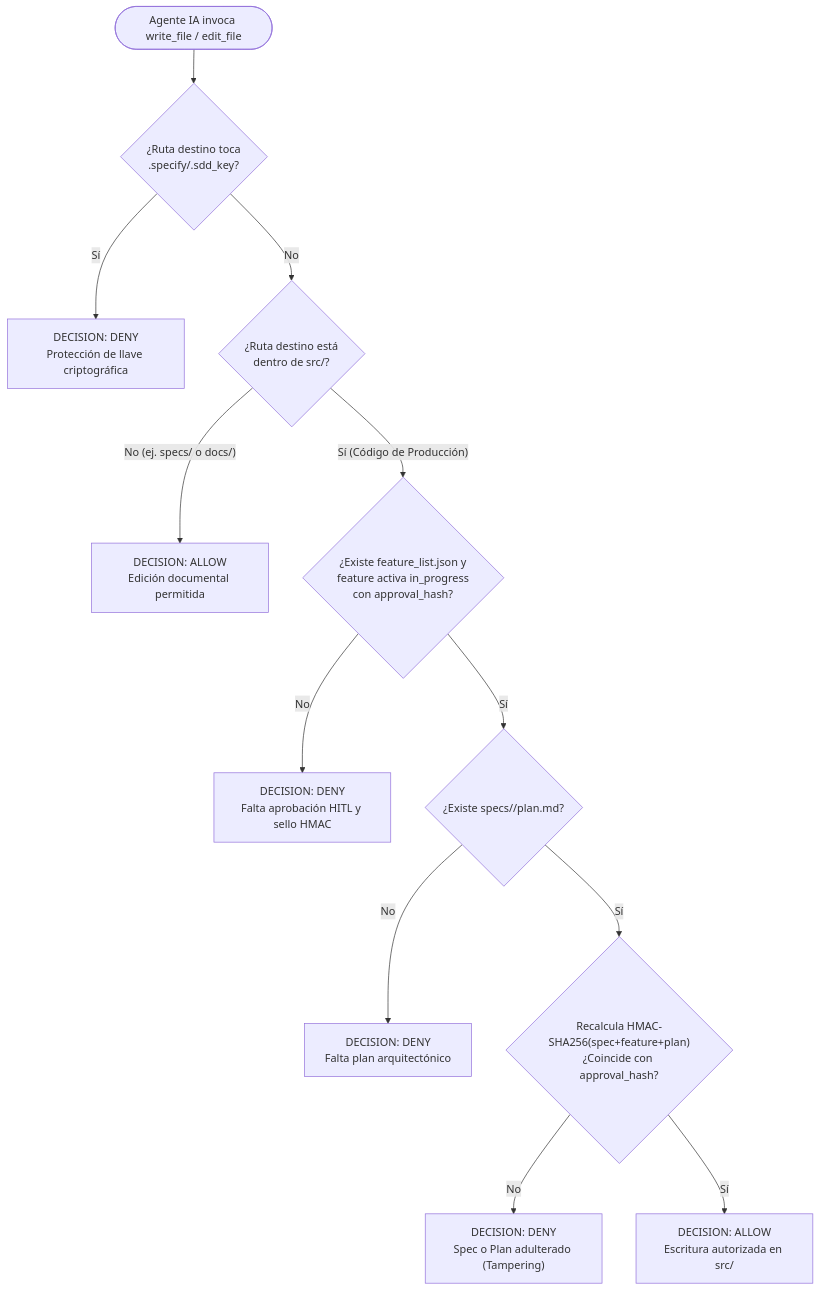
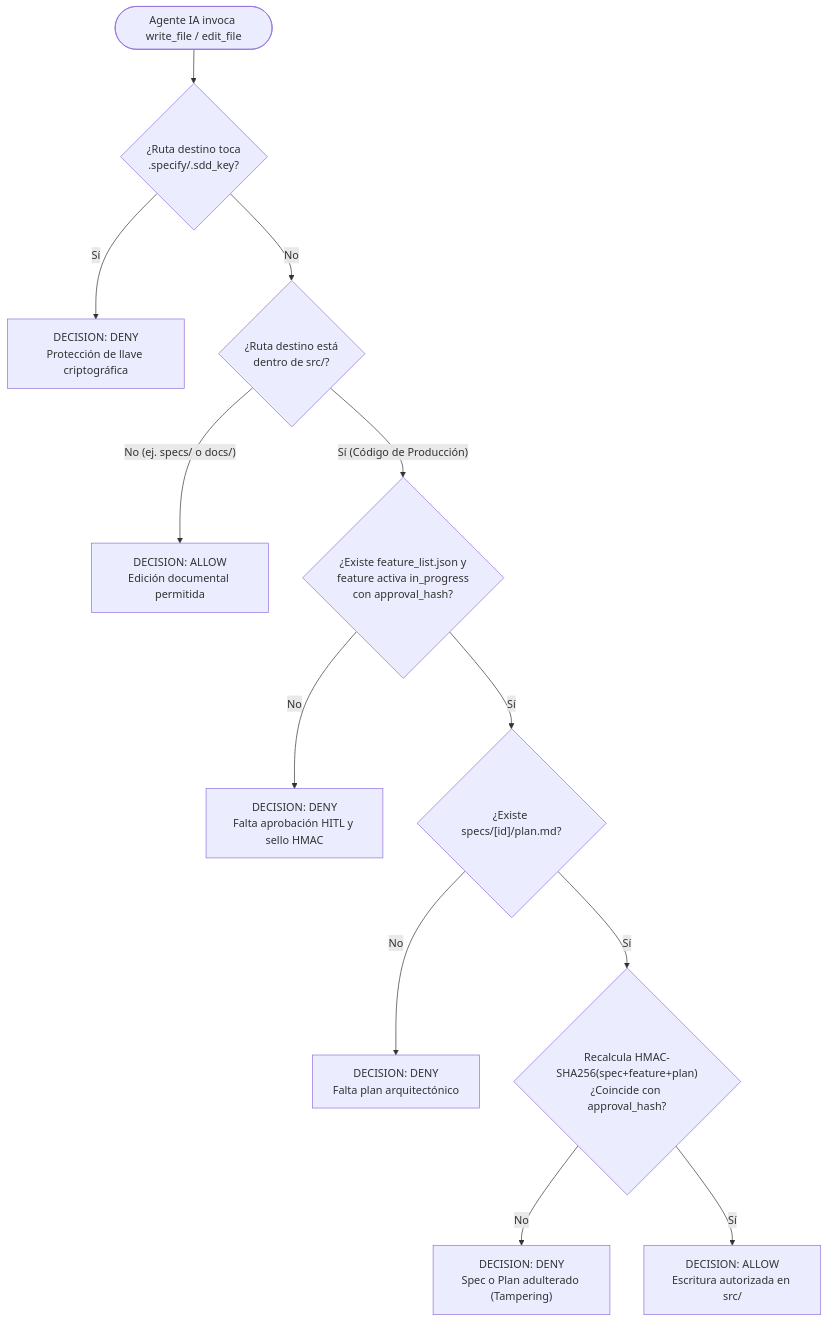
Before and after one commit to svelascotellez/imss-diagram-studio: the tenth of 12 diagrams in DOCUMENTO_MAESTRO_PROYECTO_SDD_V66.md, drawn with Mermaid. The commit also changed other lines of this file and 2 other files, not shown here.

Commit message:
fix(docs): resolve Mermaid 10.9.0 HTML tag parsing errors (<id>, <email>) across all 12 diagrams in MD, HTML, and PDF

````diff
--- a/DOCUMENTO_MAESTRO_PROYECTO_SDD_V66.md
+++ b/DOCUMENTO_MAESTRO_PROYECTO_SDD_V66.md
@@ -742,14 +742,14 @@
 ```mermaid
 flowchart TD
     CALL(["Agente IA invoca write_file / edit_file"]) --> PATH{"¿Ruta destino toca\n.specify/.sdd_key?"}
     PATH -->|"Sí"| DENY_KEY["DECISION: DENY\nProtección de llave criptográfica"]
     PATH -->|"No"| SRC{"¿Ruta destino está\ndentro de src/?"}
     SRC -->|"No (ej. specs/ o docs/)"| ALLOW_DOC["DECISION: ALLOW\nEdición documental permitida"]
     SRC -->|"Sí (Código de Producción)"| FLIST{"¿Existe feature_list.json y\nfeature activa in_progress\ncon approval_hash?"}
     FLIST -->|"No"| DENY_NO_SEAL["DECISION: DENY\nFalta aprobación HITL y sello HMAC"]
-    FLIST -->|"Sí"| PLAN{"¿Existe specs/<id>/plan.md?"}
+    FLIST -->|"Sí"| PLAN{"¿Existe specs/[id]/plan.md?"}
     PLAN -->|"No"| DENY_NO_PLAN["DECISION: DENY\nFalta plan arquitectónico"]
     PLAN -->|"Sí"| HMAC{"Recalcula HMAC-SHA256(spec+feature+plan)\n¿Coincide con approval_hash?"}
     HMAC -->|"No"| DENY_TAMPER["DECISION: DENY\nSpec o Plan adulterado (Tampering)"]
     HMAC -->|"Sí"| ALLOW_SRC["DECISION: ALLOW\nEscritura autorizada en src/"]
 ```
````
